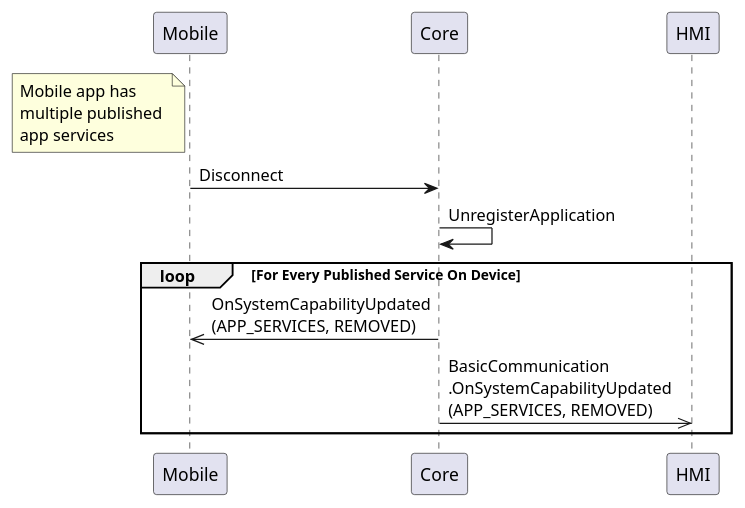
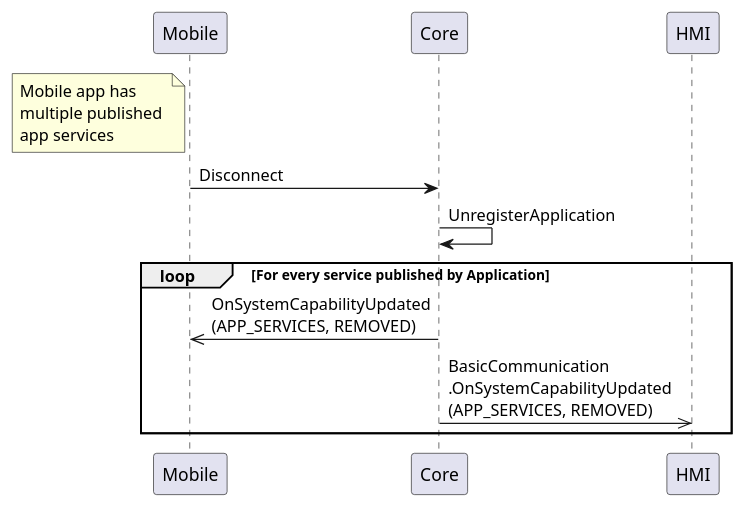
Before and after one commit to smartdevicelink/sdl_hmi_integration_guidelines: the diagram in docs/BasicCommunication/OnSystemCapabilityUpdated/assets/OnSystemCapabilityUpdated_REMOVED.puml, drawn with PlantUML. The commit also changed 5 other files, not shown here.

```diff
--- a/docs/BasicCommunication/OnSystemCapabilityUpdated/assets/OnSystemCapabilityUpdated_REMOVED.puml
+++ b/docs/BasicCommunication/OnSystemCapabilityUpdated/assets/OnSystemCapabilityUpdated_REMOVED.puml
@@ -1,16 +1,16 @@
 @startuml OnSystemCapabilityUpdated_REMOVED
 
 participant Mobile
 participant Core
 participant HMI
 
 note left of Mobile: Mobile app has \nmultiple published \napp services
 
 Mobile -> Core : Disconnect
 Core -> Core : UnregisterApplication
 
-loop For Every Published Service On Device
+loop For every service published by Application
     Core ->> Mobile : OnSystemCapabilityUpdated\n(APP_SERVICES, REMOVED)
     Core ->> HMI : BasicCommunication\n.OnSystemCapabilityUpdated\n(APP_SERVICES, REMOVED)
 end
 @enduml
```
